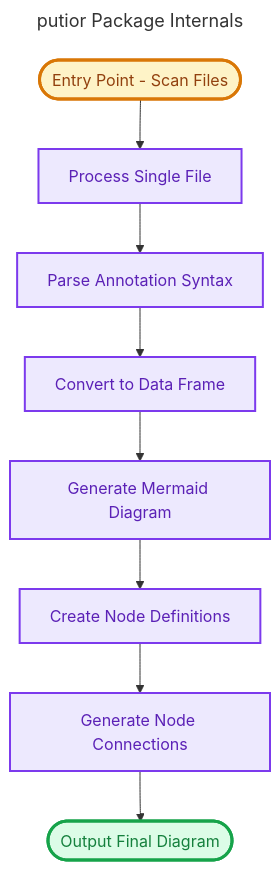
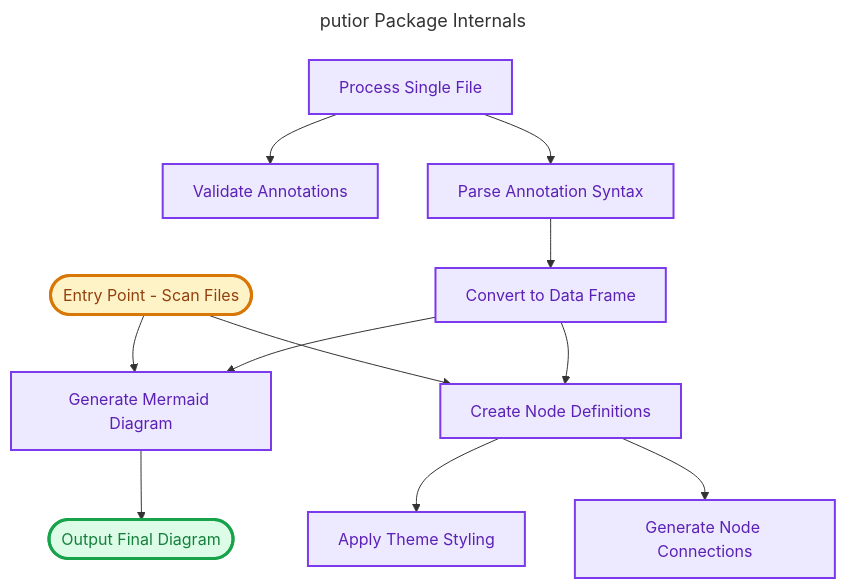
Diagram 16 of 16 in README.md (pjt222/putior), drawn with Mermaid before and after one commit. The commit also changed other lines of this file and 4 other files, not shown here.

First line of the commit message:
docs: auto-refresh README diagrams from real putior output

````diff
--- a/README.md
+++ b/README.md
@@ -1184,36 +1215,43 @@
 ```mermaid
 ---
 title: putior Package Internals
 ---
 flowchart TD
-    put_entry([Entry Point - Scan Files])
-    process_file[Process Single File]
-    parser[Parse Annotation Syntax]
-    convert_df[Convert to Data Frame]
     diagram_gen[Generate Mermaid Diagram]
+    styling[Apply Theme Styling]
     node_defs[Create Node Definitions]
     connections[Generate Node Connections]
     output_handler([Output Final Diagram])
+    put_entry([Entry Point - Scan Files])
+    process_file[Process Single File]
+    validate[Validate Annotations]
+    parser[Parse Annotation Syntax]
+    convert_df[Convert to Data Frame]
 
     %% Connections
-    put_entry --> process_file
+    put_entry --> diagram_gen
+    convert_df --> diagram_gen
+    node_defs --> styling
+    put_entry --> node_defs
+    convert_df --> node_defs
+    node_defs --> connections
+    diagram_gen --> output_handler
+    process_file --> validate
     process_file --> parser
     parser --> convert_df
-    convert_df --> diagram_gen
-    diagram_gen --> node_defs
-    node_defs --> connections
-    connections --> output_handler
 
     %% Styling
     classDef processStyle fill:#ede9fe,stroke:#7c3aed,stroke-width:2px,color:#5b21b6
+    class diagram_gen processStyle
+    class styling processStyle
+    class node_defs processStyle
+    class connections processStyle
     class process_file processStyle
+    class validate processStyle
     class parser processStyle
     class convert_df processStyle
-    class diagram_gen processStyle
-    class node_defs processStyle
-    class connections processStyle
     classDef startStyle fill:#fef3c7,stroke:#d97706,stroke-width:3px,color:#92400e
     class put_entry startStyle
     classDef endStyle fill:#dcfce7,stroke:#16a34a,stroke-width:3px,color:#15803d
     class output_handler endStyle
 ```
````
